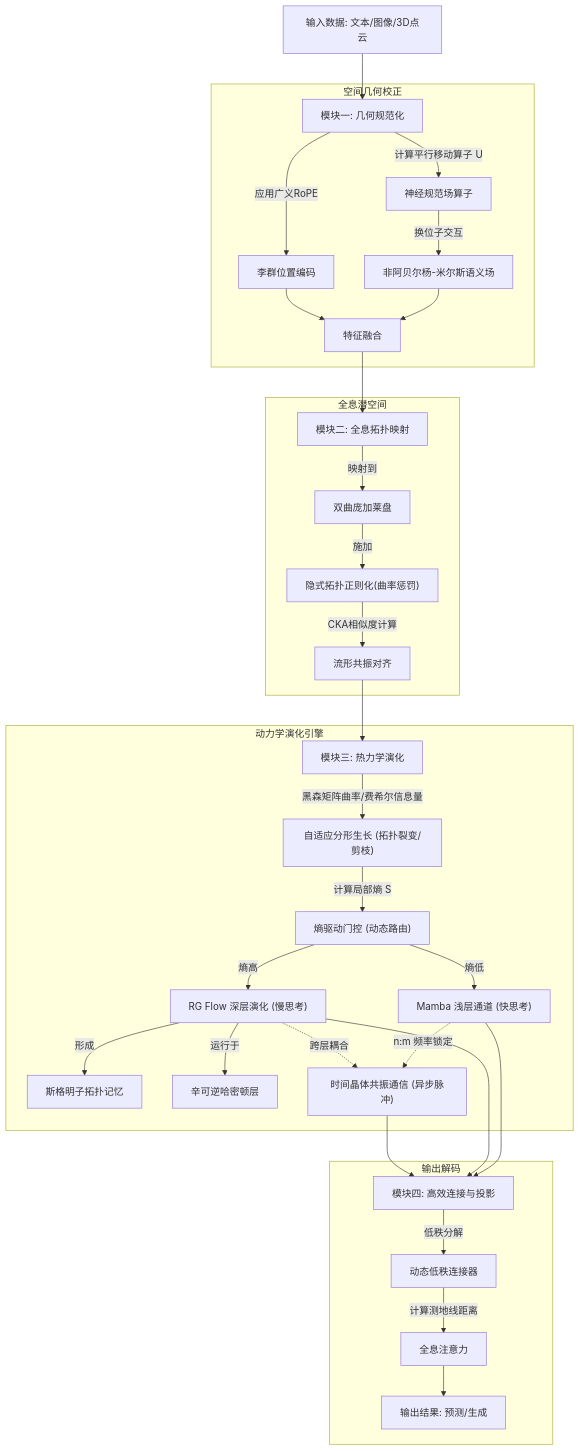
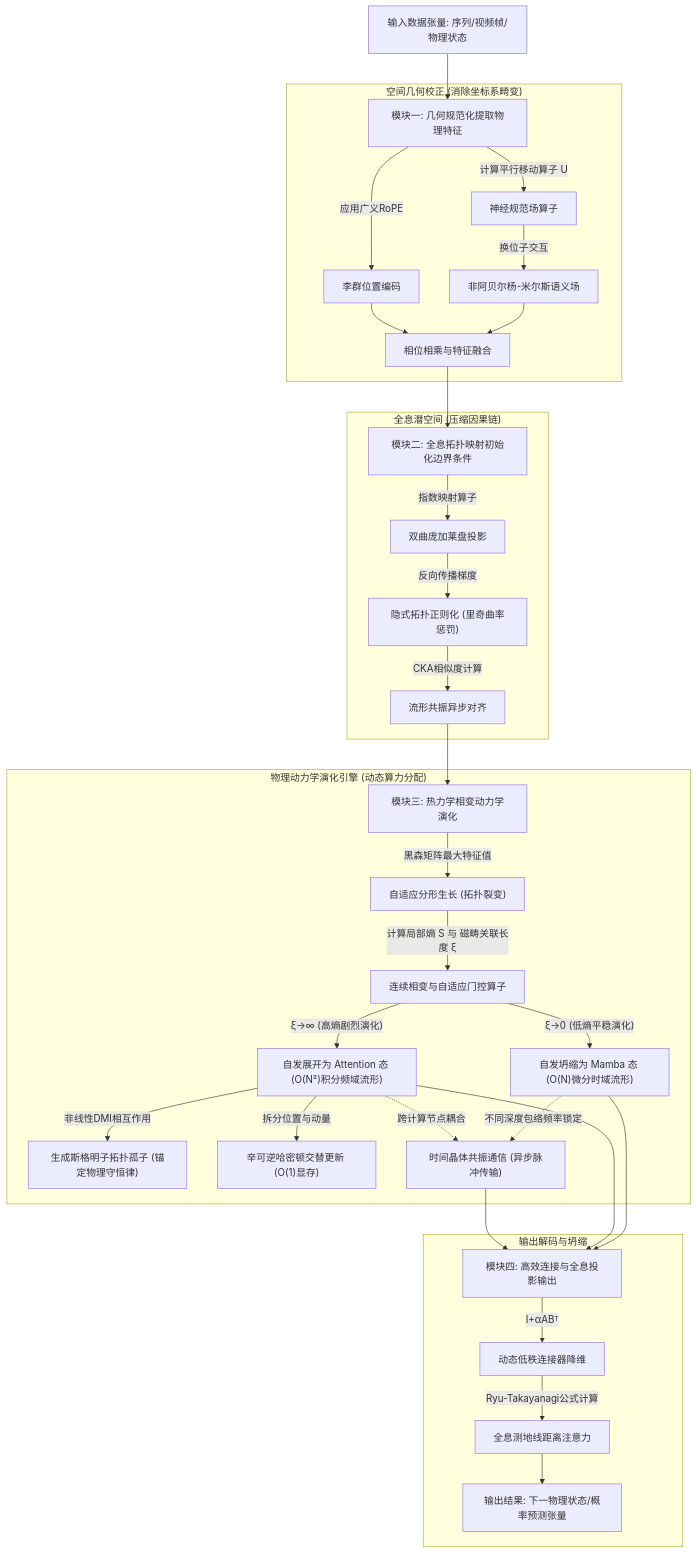
The first of 4 diagrams in Patent_Docs/交底书.md (stalinnn/phaser), drawn with Mermaid before and after one commit. The commit also changed other lines of this file, not shown here.

````diff
--- a/Patent_Docs/交底书.md
+++ b/Patent_Docs/交底书.md
@@ -49,36 +61,36 @@
 ```mermaid
 graph TD
-    Input["输入数据: 文本/图像/3D点云"] --> NGF["模块一: 几何规范化"]
-    subgraph S1 ["空间几何校正"]
+    Input["输入数据张量: 序列/视频帧/物理状态"] --> NGF["模块一: 几何规范化提取物理特征"]
+    subgraph S1 ["空间几何校正 (消除坐标系畸变)"]
         NGF --> |计算平行移动算子 U| UOperator["神经规范场算子"]
         NGF --> |应用广义RoPE| PosEnc["李群位置编码"]
         UOperator --> |换位子交互| YMField["非阿贝尔杨-米尔斯语义场"]
-        YMField --> Fusion["特征融合"]
+        YMField --> Fusion["相位相乘与特征融合"]
         PosEnc --> Fusion
     end
-    Fusion --> HoloMap["模块二: 全息拓扑映射"]
-    subgraph S2 ["全息潜空间"]
-        HoloMap --> |映射到| Poincare["双曲庞加莱盘"]
-        Poincare --> |施加| DarkMatter["隐式拓扑正则化(曲率惩罚)"]
-        DarkMatter --> |CKA相似度计算| Alignment["流形共振对齐"]
+    Fusion --> HoloMap["模块二: 全息拓扑映射初始化边界条件"]
+    subgraph S2 ["全息潜空间 (压缩因果链)"]
+        HoloMap --> |指数映射算子| Poincare["双曲庞加莱盘投影"]
+        Poincare --> |反向传播梯度| DarkMatter["隐式拓扑正则化 (里奇曲率惩罚)"]
+        DarkMatter --> |CKA相似度计算| Alignment["流形共振异步对齐"]
     end
-    Alignment --> Thermo["模块三: 热力学演化"]
-    subgraph S3 ["动力学演化引擎"]
-        Thermo --> |黑森矩阵曲率/费希尔信息量| Fractal["自适应分形生长 (拓扑裂变/剪枝)"]
-        Fractal --> |计算局部熵 S| EntropyGate["熵驱动门控 (动态路由)"]
-        EntropyGate -- 熵低 --> FastPath["Mamba 浅层通道 (快思考)"]
-        EntropyGate -- 熵高 --> SlowPath["RG Flow 深层演化 (慢思考)"]
-        SlowPath --> |形成| Skyrmion["斯格明子拓扑记忆"]
-        SlowPath --> |运行于| Symplectic["辛可逆哈密顿层"]
-        FastPath -.-> |n:m 频率锁定| TimeCrystal["时间晶体共振通信 (异步脉冲)"]
-        SlowPath -.-> |跨层耦合| TimeCrystal
+    Alignment --> Thermo["模块三: 热力学相变动力学演化"]
+    subgraph S3 ["物理动力学演化引擎 (动态算力分配)"]
+        Thermo --> |黑森矩阵最大特征值| Fractal["自适应分形生长 (拓扑裂变)"]
+        Fractal --> |计算局部熵 S 与 磁畴关联长度 ξ| PhaseTrans["连续相变与自适应门控算子"]
+        PhaseTrans -- "ξ→0 (低熵平稳演化)" --> FastPath["自发坍缩为 Mamba 态 (O(N)微分时域流形)"]
+        PhaseTrans -- "ξ→∞ (高熵剧烈演化)" --> SlowPath["自发展开为 Attention 态 (O(N²)积分频域流形)"]
+        SlowPath --> |非线性DMI相互作用| Skyrmion["生成斯格明子拓扑孤子 (锚定物理守恒律)"]
+        SlowPath --> |拆分位置与动量| Symplectic["辛可逆哈密顿交替更新 (O(1)显存)"]
+        FastPath -.-> |不同深度包络频率锁定| TimeCrystal["时间晶体共振通信 (异步脉冲传输)"]
+        SlowPath -.-> |跨计算节点耦合| TimeCrystal
     end
-    FastPath --> Connector["模块四: 高效连接与投影"]
+    FastPath --> Connector["模块四: 高效连接与全息投影输出"]
     SlowPath --> Connector
     TimeCrystal --> Connector
-    subgraph S4 ["输出解码"]
-        Connector --> |低秩分解| LowRank["动态低秩连接器"]
-        LowRank --> |计算测地线距离| HoloAttn["全息注意力"]
-        HoloAttn --> Output["输出结果: 预测/生成"]
+    subgraph S4 ["输出解码与坍缩"]
+        Connector --> |I+αABᵀ| LowRank["动态低秩连接器降维"]
+        LowRank --> |Ryu-Takayanagi公式计算| HoloAttn["全息测地线距离注意力"]
+        HoloAttn --> Output["输出结果: 下一物理状态/概率预测张量"]
     end
 ```
````
